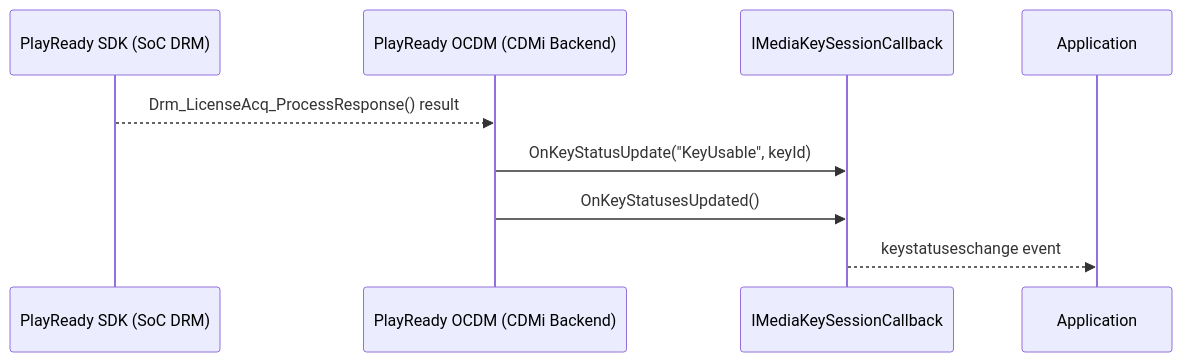
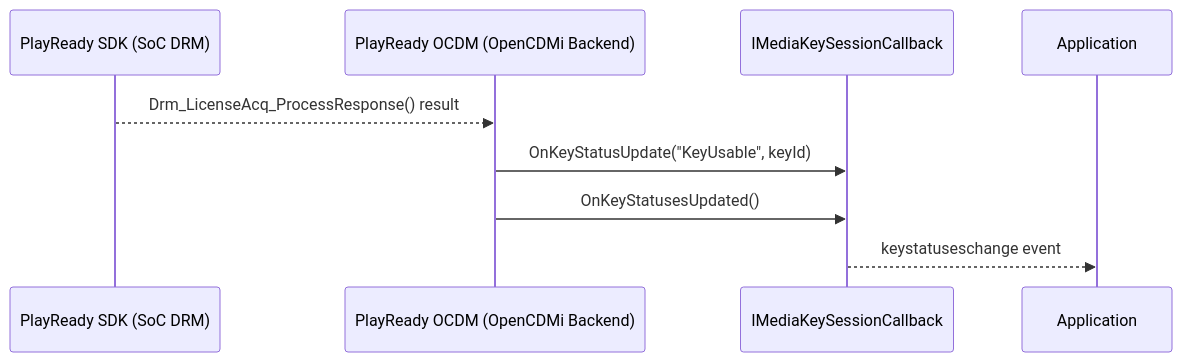
The eighth of 8 diagrams in docs/README.md (gourivarma3/playready-rdk), drawn with Mermaid before and after one commit. The commit also changed other lines of this file, not shown here.

````diff
--- a/docs/README.md
+++ b/docs/README.md
@@ -365,12 +369,12 @@
 ```mermaid
 sequenceDiagram
     participant PRSDK as PlayReady SDK (SoC DRM)
-    participant PR as PlayReady OCDM (CDMi Backend)
+    participant PR as PlayReady OCDM (OpenCDMi Backend)
     participant CB as IMediaKeySessionCallback
     participant App as Application
 
     PRSDK-->>PR: Drm_LicenseAcq_ProcessResponse() result
     PR->>CB: OnKeyStatusUpdate("KeyUsable", keyId)
     PR->>CB: OnKeyStatusesUpdated()
     CB-->>App: keystatuseschange event
 ```
````
